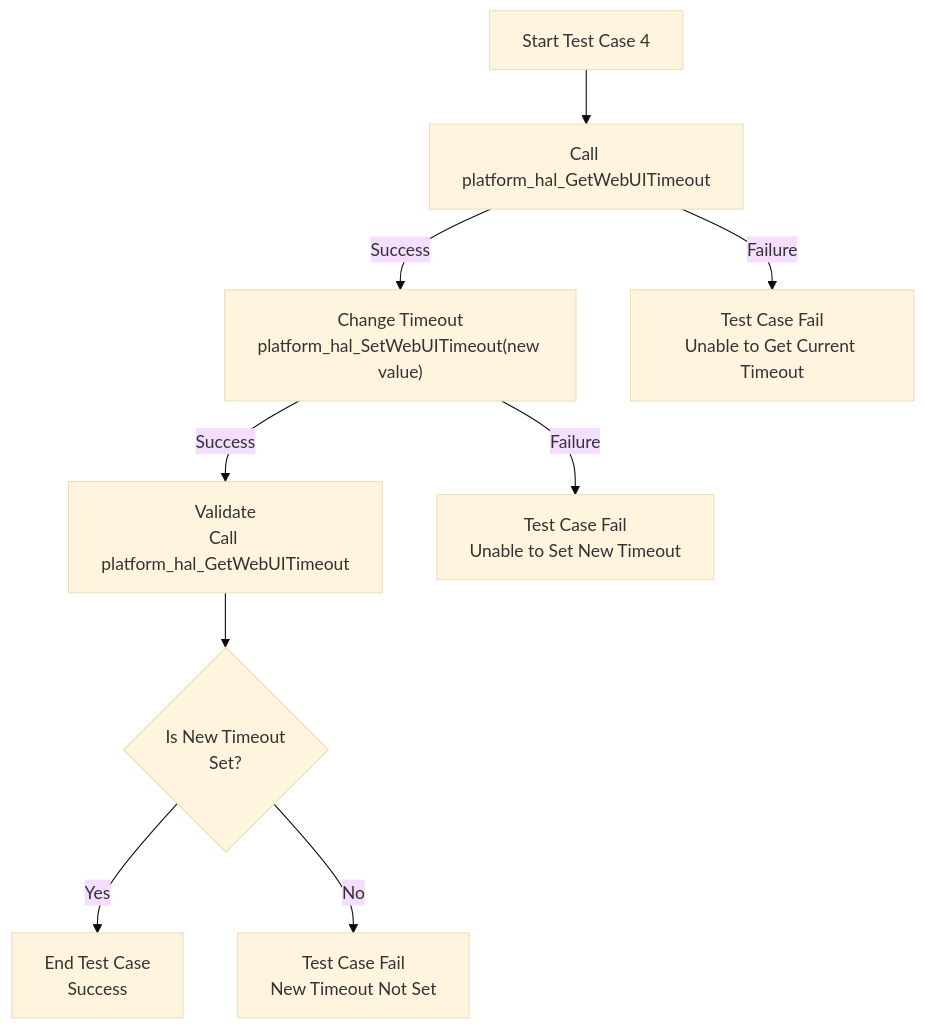
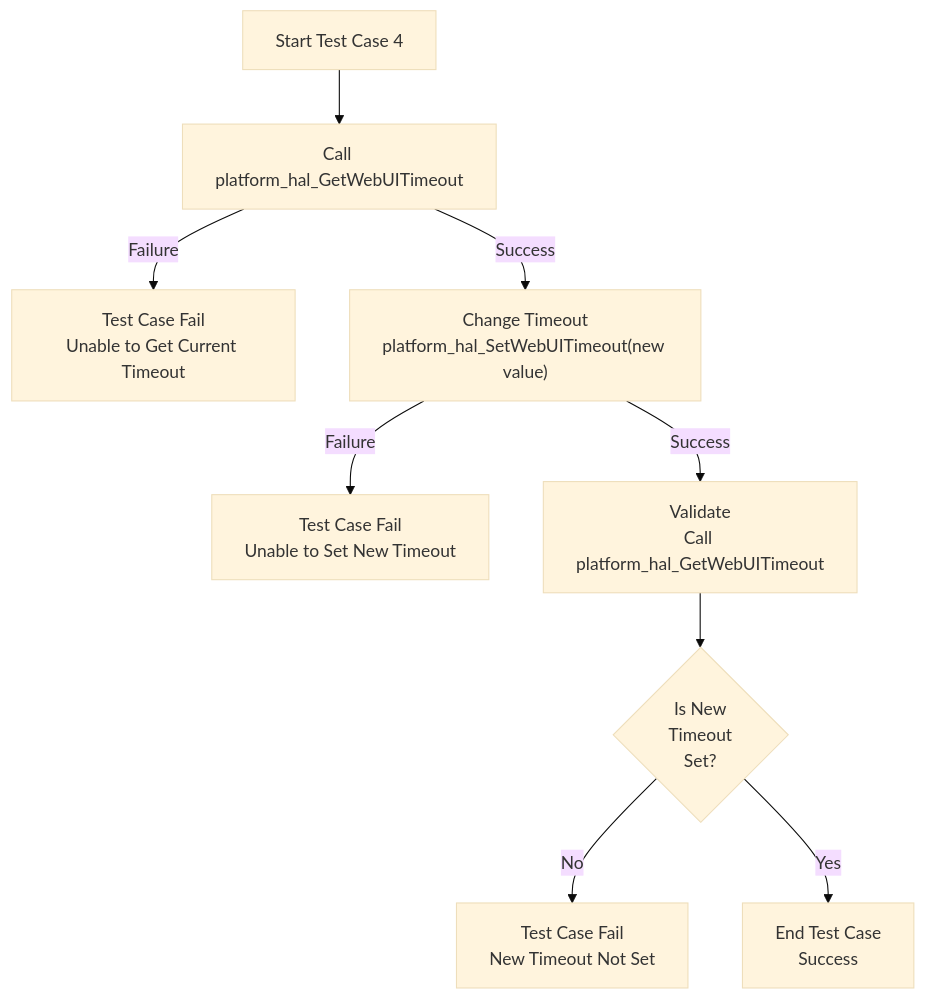
One commit to rdkcentral/rdkb-halif-test-platform changed the fourth of 14 diagrams in docs/pages/platform_hal_mermaid.md. Above: the diagram before and after it, drawn with Mermaid (base theme). The commit also changed other lines of this file, not shown here.

Commit message:
Develop platform hal L2 test suite Modified the mermaid file for L2 testcases

````diff
--- a/docs/pages/platform_hal_mermaid.md
+++ b/docs/pages/platform_hal_mermaid.md
@@ -53,11 +53,11 @@
 ```mermaid
 flowchart TD
     A[Start Test Case 4] --> B[Call platform_hal_GetWebUITimeout]
+    B -->|Failure| X[Test Case Fail<br>Unable to Get Current Timeout]
     B -->|Success| C["Change Timeout<br>platform_hal_SetWebUITimeout(new value)"]
-    B -->|Failure| X[Test Case Fail<br>Unable to Get Current Timeout]
+    C -->|Failure| Y[Test Case Fail<br>Unable to Set New Timeout]
     C -->|Success| D[Validate<br>Call platform_hal_GetWebUITimeout]
-    C -->|Failure| Y[Test Case Fail<br>Unable to Set New Timeout]
-    D --> E{Is New Timeout <br>Set?}
+    D --> E{Is New<br>Timeout<br>Set?}
+    E -->|No| G[Test Case Fail<br>New Timeout Not Set]
     E -->|Yes| F[End Test Case<br>Success]
-    E -->|No| G[Test Case Fail<br>New Timeout Not Set]
 ```
````
